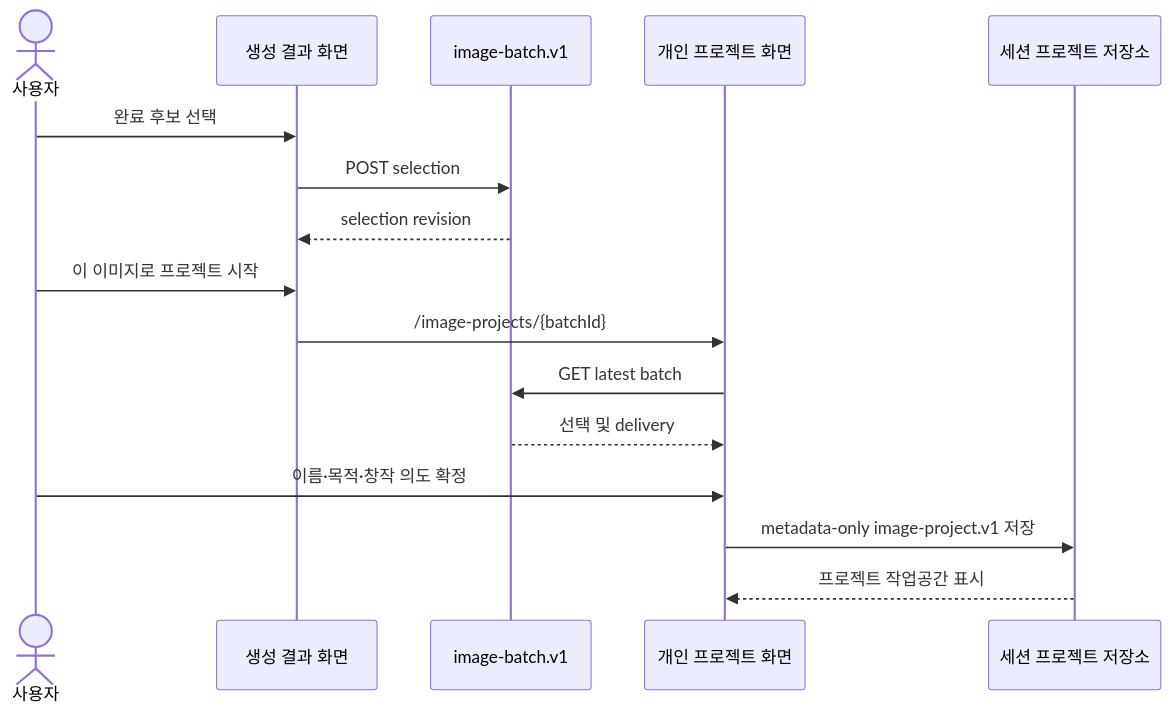
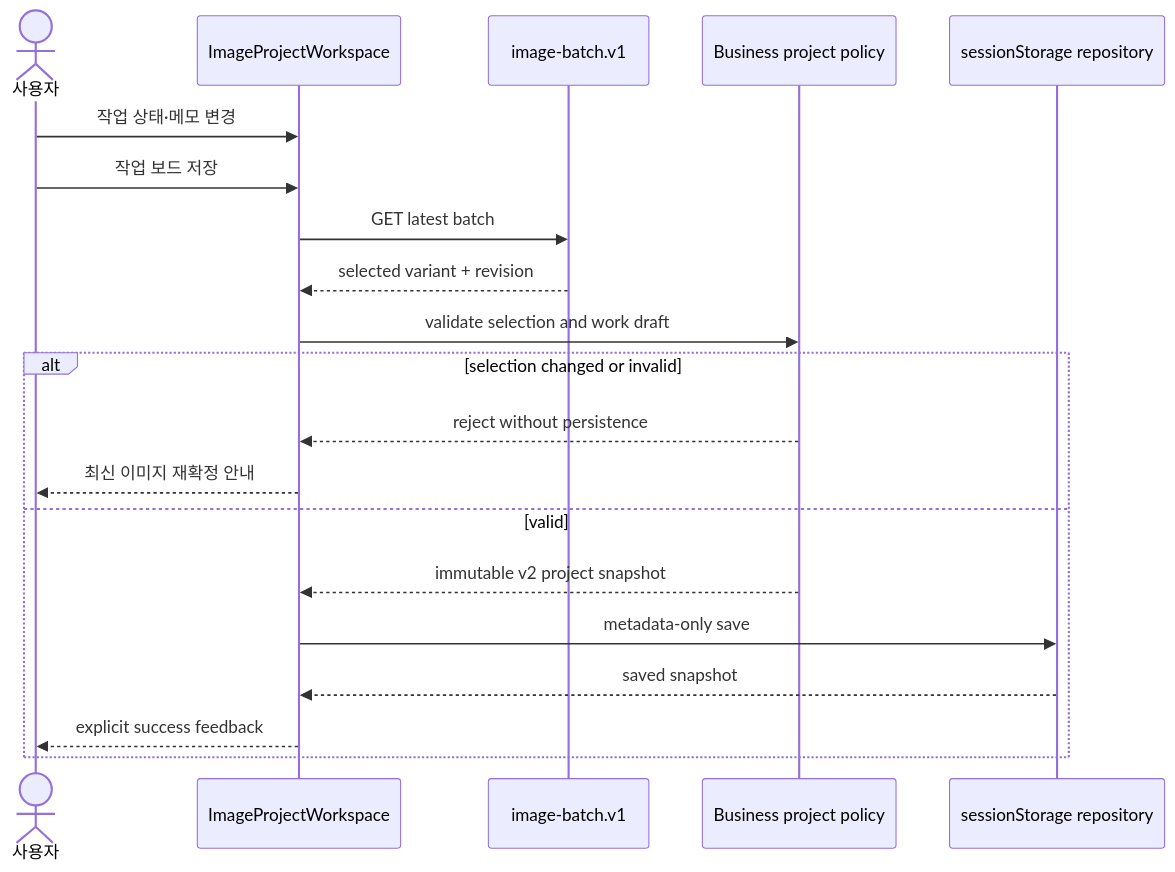
Before and after one commit to yuilyoung/vibecoding: the second of 2 diagrams in workspace/animation_real_studio/docs/18-image-project-continuation-architecture.md, drawn with Mermaid. The commit also changed other lines of this file and 11 other files, not shown here.

````diff
--- a/workspace/animation_real_studio/docs/18-image-project-continuation-architecture.md
+++ b/workspace/animation_real_studio/docs/18-image-project-continuation-architecture.md
@@ -29,18 +54,22 @@
-```mermaid
+~~~mermaid
 sequenceDiagram
   actor U as 사용자
-  participant R as 생성 결과 화면
+  participant V as ImageProjectWorkspace
   participant B as image-batch.v1
-  participant W as 개인 프로젝트 화면
-  participant L as 세션 프로젝트 저장소
-  U->>R: 완료 후보 선택
-  R->>B: POST selection
-  B-->>R: selection revision
-  U->>R: 이 이미지로 프로젝트 시작
-  R->>W: /image-projects/{batchId}
-  W->>B: GET latest batch
-  B-->>W: 선택 및 delivery
-  U->>W: 이름·목적·창작 의도 확정
-  W->>L: metadata-only image-project.v1 저장
-  L-->>W: 프로젝트 작업공간 표시
-```
+  participant P as Business project policy
+  participant L as sessionStorage repository
+  U->>V: 작업 상태·메모 변경
+  U->>V: 작업 보드 저장
+  V->>B: GET latest batch
+  B-->>V: selected variant + revision
+  V->>P: validate selection and work draft
+  alt selection changed or invalid
+    P-->>V: reject without persistence
+    V-->>U: 최신 이미지 재확정 안내
+  else valid
+    P-->>V: immutable v2 project snapshot
+    V->>L: metadata-only save
+    L-->>V: saved snapshot
+    V-->>U: explicit success feedback
+  end
+~~~
````
